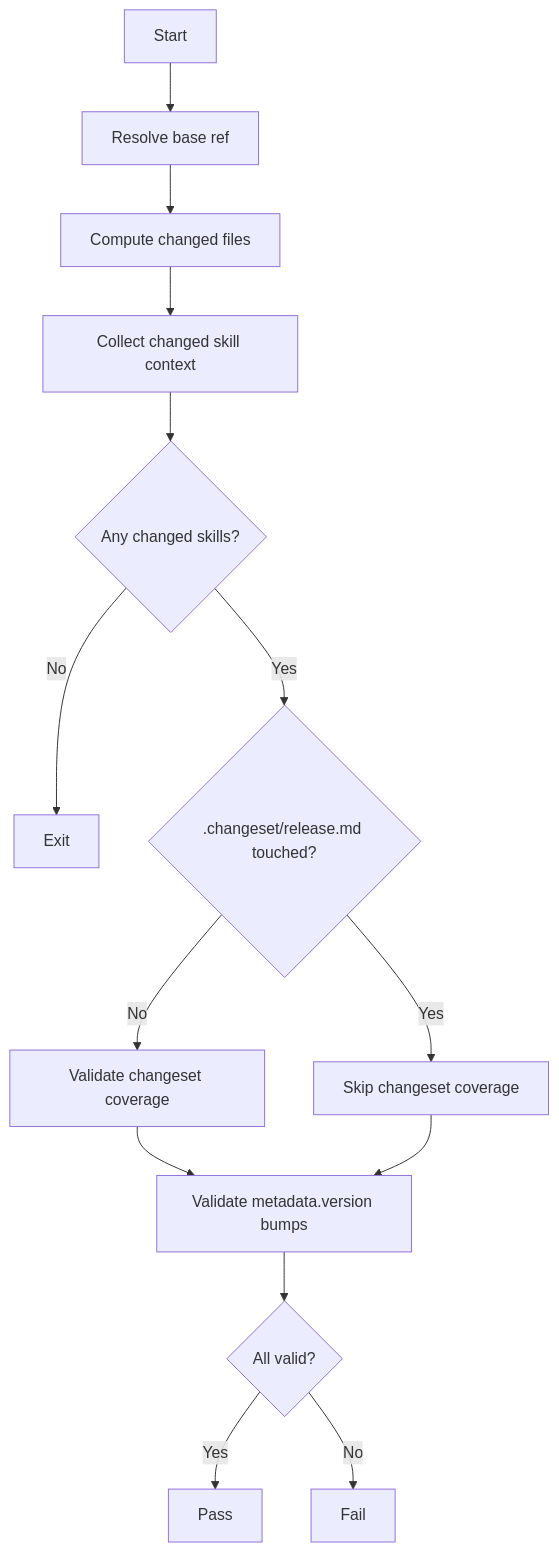
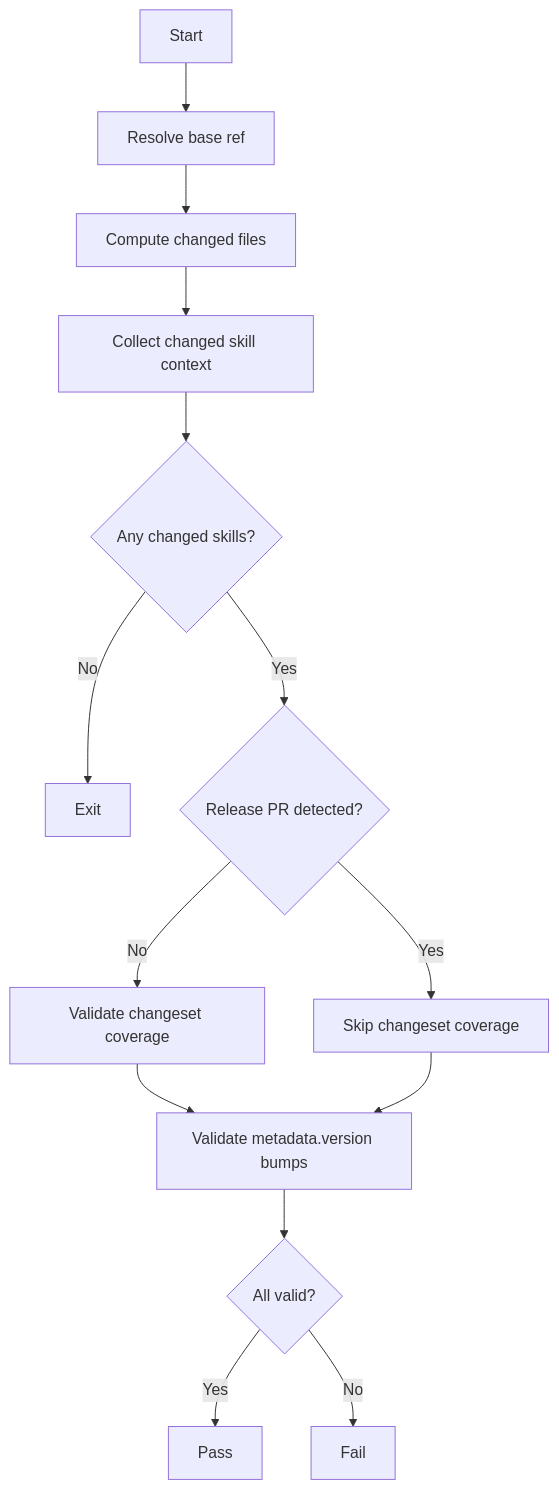
One commit to equinor/fusion-skills changed the diagram in scripts/validate-pr/README.md. Above: the diagram before and after it, drawn with Mermaid. The commit also changed 13 other files, not shown here.

````diff
--- a/scripts/validate-pr/README.md
+++ b/scripts/validate-pr/README.md
@@ -11,16 +11,16 @@
 ```mermaid
 flowchart TD
   A[Start] --> B[Resolve base ref]
   B --> C[Compute changed files]
   C --> D[Collect changed skill context]
   D --> E{Any changed skills?}
   E -- No --> F[Exit]
-  E -- Yes --> G{.changeset/release.md touched?}
+  E -- Yes --> G{Release PR detected?}
   G -- No --> H[Validate changeset coverage]
   G -- Yes --> I[Skip changeset coverage]
   H --> J[Validate metadata.version bumps]
   I --> J
   J --> K{All valid?}
   K -- Yes --> L[Pass]
   K -- No --> M[Fail]
 ```
````
